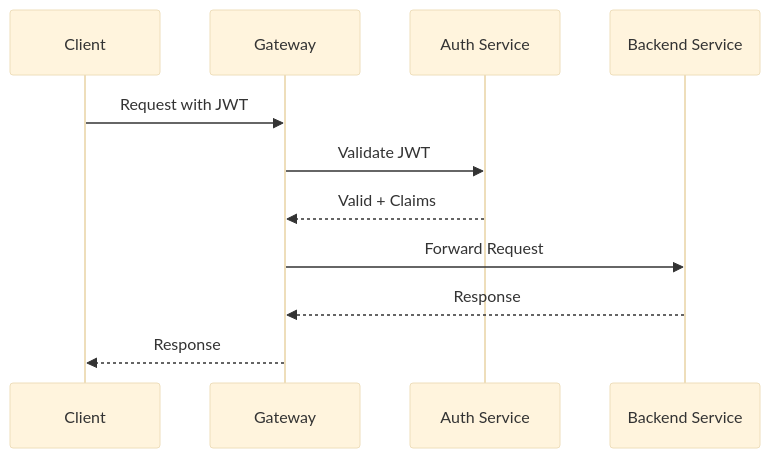
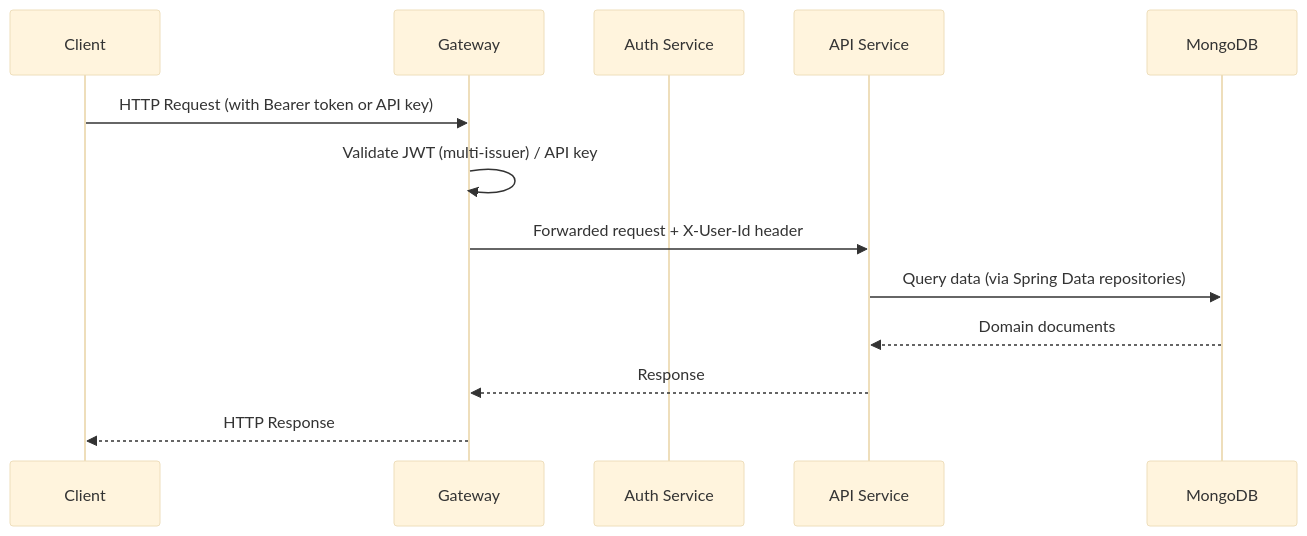
One commit to flamingo-stack/openframe-oss-lib changed the second of 5 diagrams in docs/development/architecture/README.md. Above: the diagram before and after it, drawn with Mermaid (base theme). The commit also changed other lines of this file and 1819 other files, not shown here.

````diff
--- a/docs/development/architecture/README.md
+++ b/docs/development/architecture/README.md
@@ -246,14 +61,16 @@
 ```mermaid
 sequenceDiagram
-    participant Client
-    participant Gateway
+    participant C as Client
+    participant GW as Gateway
     participant Auth as Auth Service
-    participant Backend as Backend Service
-    
-    Client->>Gateway: Request with JWT
-    Gateway->>Auth: Validate JWT
-    Auth-->>Gateway: Valid + Claims
-    Gateway->>Backend: Forward Request
-    Backend-->>Gateway: Response
-    Gateway-->>Client: Response
+    participant API as API Service
+    participant DB as MongoDB
+
+    C->>GW: HTTP Request (with Bearer token or API key)
+    GW->>GW: Validate JWT (multi-issuer) / API key
+    GW->>API: Forwarded request + X-User-Id header
+    API->>DB: Query data (via Spring Data repositories)
+    DB-->>API: Domain documents
+    API-->>GW: Response
+    GW-->>C: HTTP Response
 ```
````
